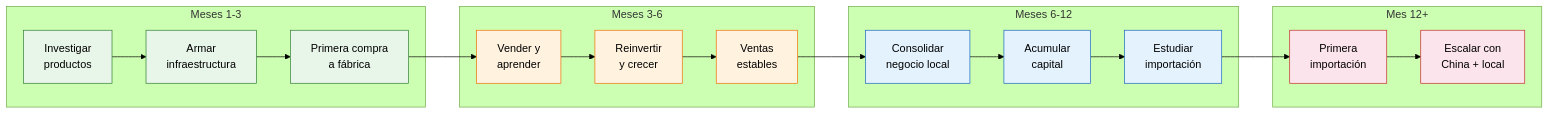
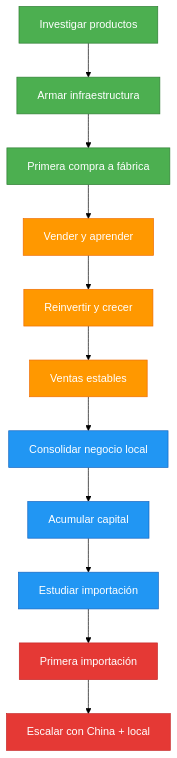
One commit to barrosignacioezequiel-coder/docs changed the diagram in app/paso1-argentina/empezar-de-cero/paso1-vs-paso2.mdx. Above: the diagram before and after it, drawn with Mermaid (forest theme). The commit also changed 92 other files, not shown here.

````diff
--- a/app/paso1-argentina/empezar-de-cero/paso1-vs-paso2.mdx
+++ b/app/paso1-argentina/empezar-de-cero/paso1-vs-paso2.mdx
@@ -60,37 +60,25 @@
 ```mermaid
-graph LR
-    subgraph M1["Meses 1-3"]
-        A["Investigar\nproductos"] --> B["Armar\ninfraestructura"]
-        B --> C["Primera compra\na fábrica"]
-    end
+graph TD
+    A["Investigar productos"] --> B["Armar infraestructura"]
+    B --> C["Primera compra a fábrica"]
+    C --> D["Vender y aprender"]
+    D --> E["Reinvertir y crecer"]
+    E --> F["Ventas estables"]
+    F --> G["Consolidar negocio local"]
+    G --> H["Acumular capital"]
+    H --> I["Estudiar importación"]
+    I --> J["Primera importación"]
+    J --> K["Escalar con China + local"]
 
-    subgraph M2["Meses 3-6"]
-        D["Vender y\naprender"] --> E["Reinvertir\ny crecer"]
-        E --> F["Ventas\nestables"]
-    end
-
-    subgraph M3["Meses 6-12"]
-        G["Consolidar\nnegocio local"] --> H["Acumular\ncapital"]
-        H --> I["Estudiar\nimportación"]
-    end
-
-    subgraph M4["Mes 12+"]
-        J["Primera\nimportación"] --> K["Escalar con\nChina + local"]
-    end
-
-    C --> D
-    F --> G
-    I --> J
-
-    style A fill:#e8f5e9,stroke:#2e7d32
-    style B fill:#e8f5e9,stroke:#2e7d32
-    style C fill:#e8f5e9,stroke:#2e7d32
-    style D fill:#fff3e0,stroke:#ef6c00
-    style E fill:#fff3e0,stroke:#ef6c00
-    style F fill:#fff3e0,stroke:#ef6c00
-    style G fill:#e3f2fd,stroke:#1565c0
-    style H fill:#e3f2fd,stroke:#1565c0
-    style I fill:#e3f2fd,stroke:#1565c0
-    style J fill:#fce4ec,stroke:#c62828
-    style K fill:#fce4ec,stroke:#c62828
+    style A fill:#4caf50,stroke:#2e7d32,color:#fff
+    style B fill:#4caf50,stroke:#2e7d32,color:#fff
+    style C fill:#4caf50,stroke:#2e7d32,color:#fff
+    style D fill:#ff9800,stroke:#ef6c00,color:#fff
+    style E fill:#ff9800,stroke:#ef6c00,color:#fff
+    style F fill:#ff9800,stroke:#ef6c00,color:#fff
+    style G fill:#2196f3,stroke:#1565c0,color:#fff
+    style H fill:#2196f3,stroke:#1565c0,color:#fff
+    style I fill:#2196f3,stroke:#1565c0,color:#fff
+    style J fill:#e53935,stroke:#c62828,color:#fff
+    style K fill:#e53935,stroke:#c62828,color:#fff
 ```
````
